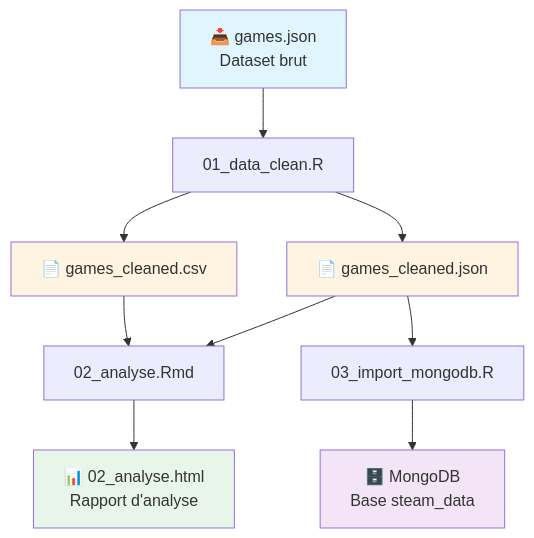
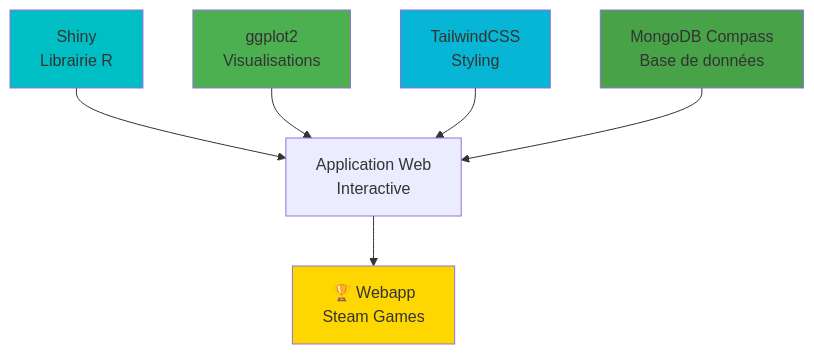
One commit to MatisAgr/Projet_VideoGames changed the second of 2 diagrams in README.md. Above: the diagram before and after it, drawn with Mermaid. The commit also changed other lines of this file, not shown here.

````diff
--- a/README.md
+++ b/README.md
@@ -16,17 +260,15 @@
 ```mermaid
 flowchart TD
-    A[📥 games.json<br/>Dataset brut] --> B[01_data_clean.R]
-    B --> C[📄 games_cleaned.csv]
-    B --> D[📄 games_cleaned.json]
-    C --> E[02_analyse.Rmd]
-    D --> E
-    D --> F[03_import_mongodb.R]
-    E --> G[📊 02_analyse.html<br/>Rapport d'analyse]
-    F --> H[🗄️ MongoDB<br/>Base steam_data]
+    A[Shiny<br/>Librairie R] --> B[Application Web<br/>Interactive]
+    C[ggplot2<br/>Visualisations] --> B
+    D[TailwindCSS<br/>Styling] --> B
+    E[MongoDB Compass<br/>Base de données] --> B
     
-    style A fill:#e1f5ff
-    style C fill:#fff4e1
-    style D fill:#fff4e1
-    style G fill:#e8f5e9
-    style H fill:#f3e5f5
+    B --> F[🏆 Webapp<br/>Steam Games]
+    
+    style A fill:#00BFC4
+    style C fill:#4CAF50
+    style D fill:#06B6D4
+    style E fill:#47A248
+    style F fill:#FFD700
 ```
````
